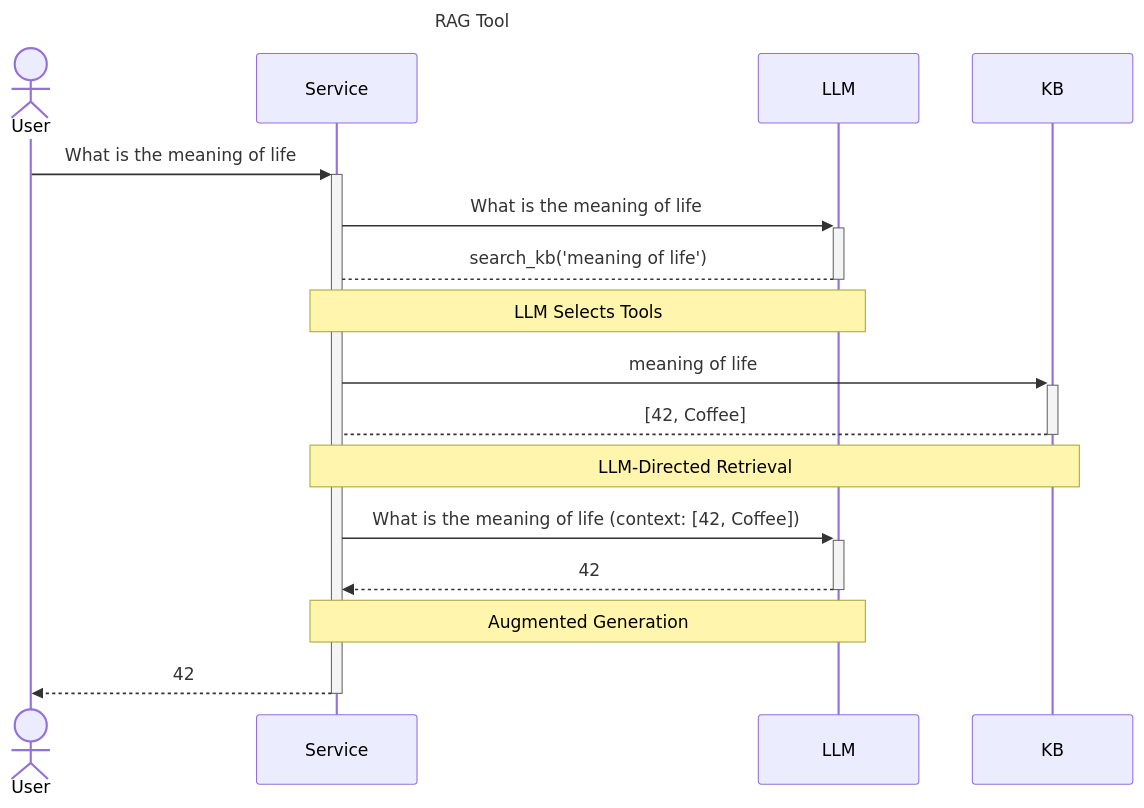
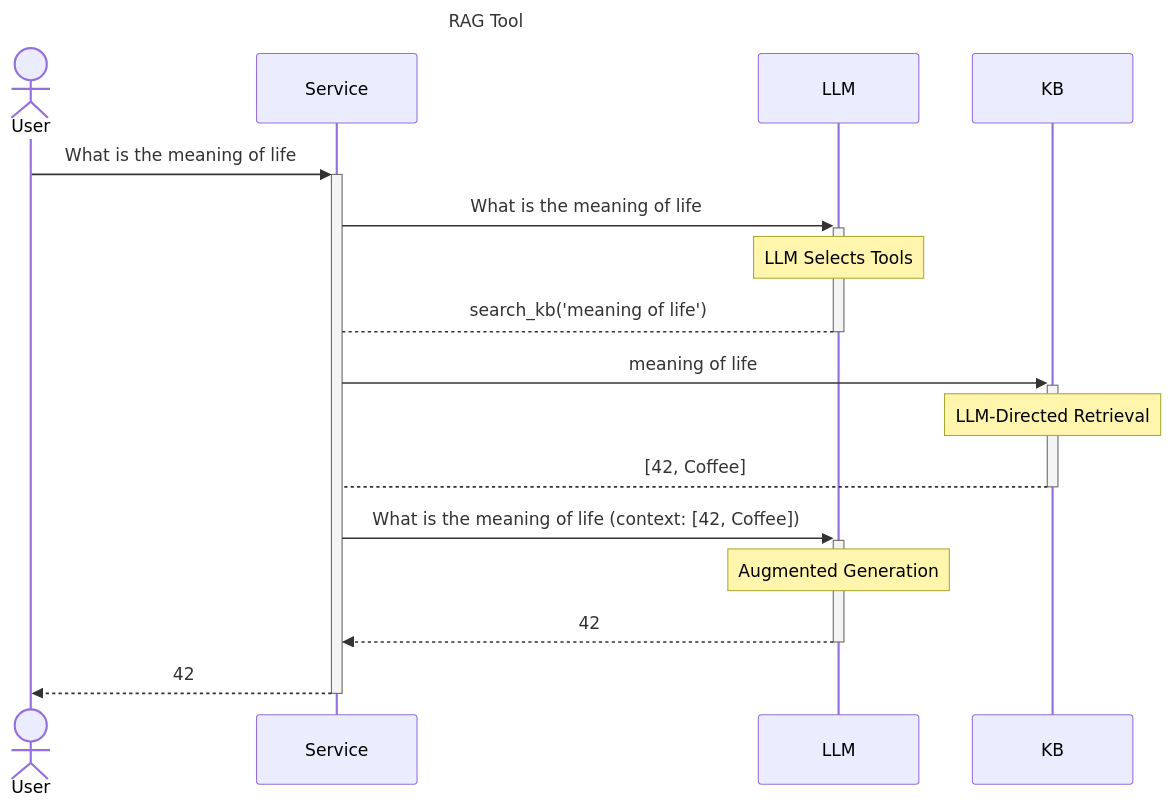
One commit to DewyKB/DewyKB.github.io changed the second of 2 diagrams in blog/2024-03-06-rag-tool-vercel-gen-ai/index.mdx. Above: the diagram before and after it, drawn with Mermaid. The commit also changed other lines of this file and 3 other files, not shown here.

````diff
--- a/blog/2024-03-06-rag-tool-vercel-gen-ai/index.mdx
+++ b/blog/2024-03-06-rag-tool-vercel-gen-ai/index.mdx
@@ -54,23 +54,23 @@
 ```mermaid
 sequenceDiagram title RAG Tool
     actor User
     participant Service
     participant LLM
     participant KB
 
     User->>+Service: What is the meaning of life
 
     Service->>+LLM: What is the meaning of life
+    Note over LLM: LLM Selects Tools
     LLM-->-Service: search_kb('meaning of life')
-    Note over Service,LLM: LLM Selects Tools
 
     Service->>+KB: meaning of life
+    Note over KB: LLM-Directed Retrieval
     KB-->-Service: [42, Coffee]
-    Note over Service,KB: LLM-Directed Retrieval
 
     Service->>+LLM: What is the meaning of life (context: [42, Coffee])
+    Note over LLM: Augmented Generation
     LLM-->>-Service: 42
-    Note over Service,LLM: Augmented Generation
 
     Service-->>-User: 42
 ```
````
